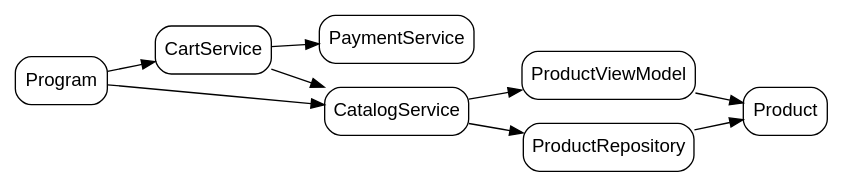
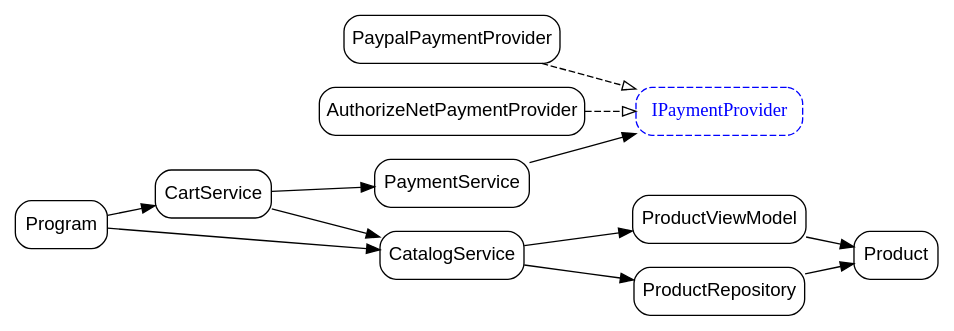
One commit to valadas/DependencyInjectionDemo changed the diagram in class-dependencies.dot. Above: the diagram before and after it, drawn with Graphviz. The commit also changed 7 other files, not shown here.

```diff
--- a/class-dependencies.dot
+++ b/class-dependencies.dot
@@ -1,20 +1,26 @@
 digraph ClassDependencies {
     rankdir=LR;
     node [shape=box, style=rounded, fontname="Arial"];
-        "DependencyInjectionDemo.Services.Catalog.Data.ViewModels.ProductViewModel" [label="ProductViewModel"];
+        "DependencyInjectionDemo.Services.Payment.Providers.PaypalPaymentProvider" [label="PaypalPaymentProvider"];
+    "DependencyInjectionDemo.Services.Payment.Providers.AuthorizeNetPaymentProvider" [label="AuthorizeNetPaymentProvider"];
+    "DependencyInjectionDemo.Services.Catalog.Data.ViewModels.ProductViewModel" [label="ProductViewModel"];
     "DependencyInjectionDemo.Program" [label="Program"];
+    "DependencyInjectionDemo.Services.Payment.Providers.IPaymentProvider" [label="IPaymentProvider", style="dashed,rounded", fontname="Arial Italic", color="blue", fontcolor="blue"];
     "DependencyInjectionDemo.Services.Catalog.Data.Entiities.Product" [label="Product"];
     "DependencyInjectionDemo.Services.Payment.PaymentService" [label="PaymentService"];
     "DependencyInjectionDemo.Services.Catalog.Data.Repositories.ProductRepository" [label="ProductRepository"];
     "DependencyInjectionDemo.Services.Cart.CartService" [label="CartService"];
     "DependencyInjectionDemo.Services.Catalog.CatalogService" [label="CatalogService"];
 
     "DependencyInjectionDemo.Services.Catalog.Data.ViewModels.ProductViewModel" -> "DependencyInjectionDemo.Services.Catalog.Data.Entiities.Product";
     "DependencyInjectionDemo.Program" -> "DependencyInjectionDemo.Services.Catalog.CatalogService";
     "DependencyInjectionDemo.Program" -> "DependencyInjectionDemo.Services.Cart.CartService";
+    "DependencyInjectionDemo.Services.Payment.PaymentService" -> "DependencyInjectionDemo.Services.Payment.Providers.IPaymentProvider";
     "DependencyInjectionDemo.Services.Catalog.Data.Repositories.ProductRepository" -> "DependencyInjectionDemo.Services.Catalog.Data.Entiities.Product";
     "DependencyInjectionDemo.Services.Cart.CartService" -> "DependencyInjectionDemo.Services.Catalog.CatalogService";
     "DependencyInjectionDemo.Services.Cart.CartService" -> "DependencyInjectionDemo.Services.Payment.PaymentService";
     "DependencyInjectionDemo.Services.Catalog.CatalogService" -> "DependencyInjectionDemo.Services.Catalog.Data.ViewModels.ProductViewModel";
     "DependencyInjectionDemo.Services.Catalog.CatalogService" -> "DependencyInjectionDemo.Services.Catalog.Data.Repositories.ProductRepository";
+    "DependencyInjectionDemo.Services.Payment.Providers.PaypalPaymentProvider" -> "DependencyInjectionDemo.Services.Payment.Providers.IPaymentProvider" [arrowhead="empty", style="dashed"];
+    "DependencyInjectionDemo.Services.Payment.Providers.AuthorizeNetPaymentProvider" -> "DependencyInjectionDemo.Services.Payment.Providers.IPaymentProvider" [arrowhead="empty", style="dashed"];
 }
```
